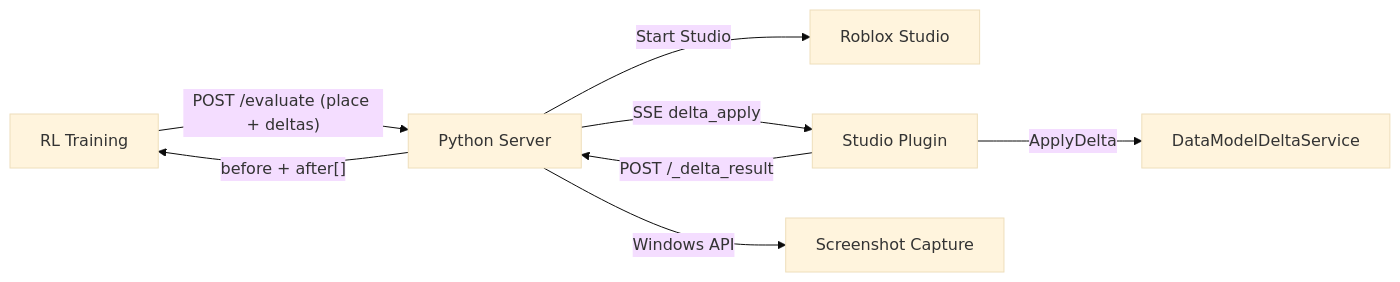
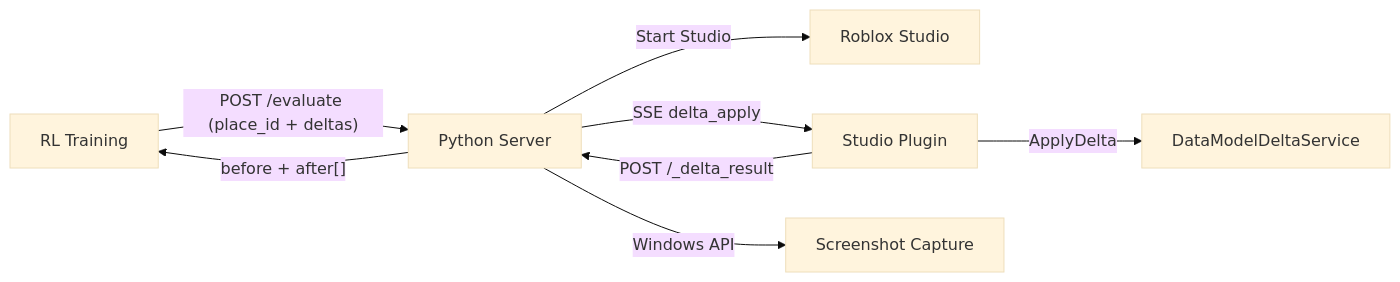
One commit to zovits/JestLuaTestServer changed the diagram in README.md. Above: the diagram before and after it, drawn with Mermaid (base theme). The commit also changed other lines of this file, not shown here.

````diff
--- a/README.md
+++ b/README.md
@@ -26,10 +27,10 @@
 ```mermaid
 flowchart LR
-    MODEL[RL Training] -->|"POST /evaluate (place + deltas)"| SERVER[Python Server]
+    MODEL[RL Training] -->|"POST /evaluate (place_id + deltas)"| SERVER[Python Server]
     SERVER -->|Start Studio| STUDIO[Roblox Studio]
     SERVER -->|SSE delta_apply| PLUGIN[Studio Plugin]
     PLUGIN -->|ApplyDelta| DMS[DataModelDeltaService]
     PLUGIN -->|POST /_delta_result| SERVER
     SERVER -->|Windows API| SCREENSHOT[Screenshot Capture]
     SERVER -->|"before + after[]"| MODEL
 ```
````
